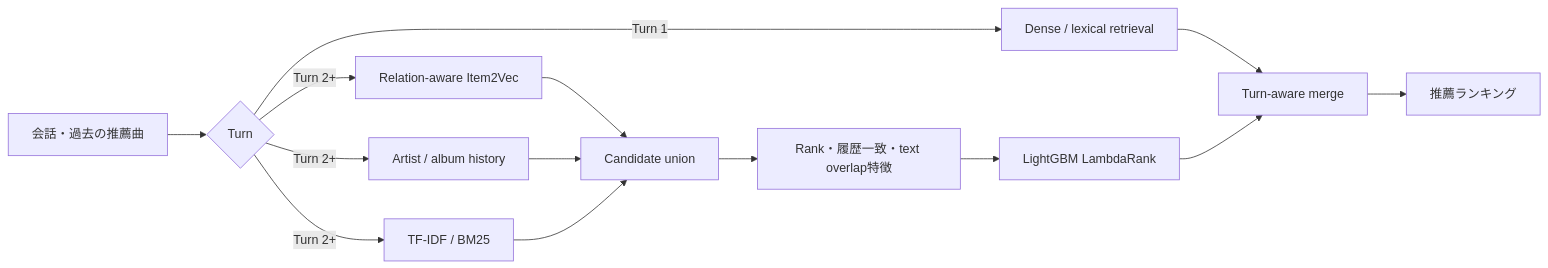
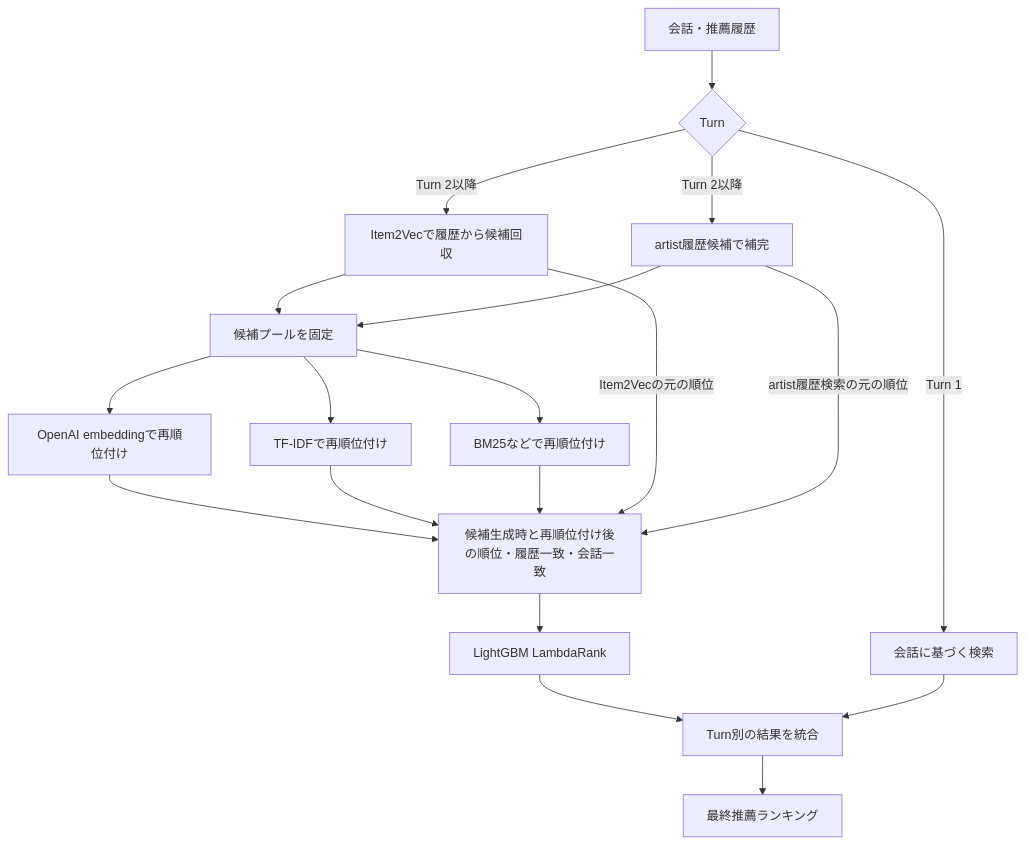
The diagram in README.md (kokeik/recsys-challenge-2026), drawn with Mermaid before and after one commit. The commit also changed other lines of this file and 4 other files, not shown here.

````diff
--- a/README.md
+++ b/README.md
@@ -62,16 +168,21 @@
 ```mermaid
-flowchart LR
-    Q[会話・過去の推薦曲] --> T{Turn}
-    T -->|Turn 1| D[Dense / lexical retrieval]
-    T -->|Turn 2+| I[Relation-aware Item2Vec]
-    T -->|Turn 2+| H[Artist / album history]
-    T -->|Turn 2+| L[TF-IDF / BM25]
-    I --> U[Candidate union]
-    H --> U
-    L --> U
-    U --> F[Rank・履歴一致・text overlap特徴]
+flowchart TD
+    Q[会話・推薦履歴] --> T{Turn}
+    T -->|Turn 1| D[会話に基づく検索]
+    T -->|Turn 2以降| I[Item2Vecで履歴から候補回収]
+    T -->|Turn 2以降| H[artist履歴候補で補完]
+    I --> P[候補プールを固定]
+    H --> P
+    P --> O[OpenAI embeddingで再順位付け]
+    P --> L[TF-IDFで再順位付け]
+    P --> B[BM25などで再順位付け]
+    O --> F[候補生成時と再順位付け後の順位・履歴一致・会話一致]
+    L --> F
+    B --> F
+    I -->|Item2Vecの元の順位| F
+    H -->|artist履歴検索の元の順位| F
     F --> R[LightGBM LambdaRank]
-    D --> M[Turn-aware merge]
-    R --> M
-    M --> O[推薦ランキング]
+    R --> M[Turn別の結果を統合]
+    D --> M
+    M --> OUT[最終推薦ランキング]
 ```
````
